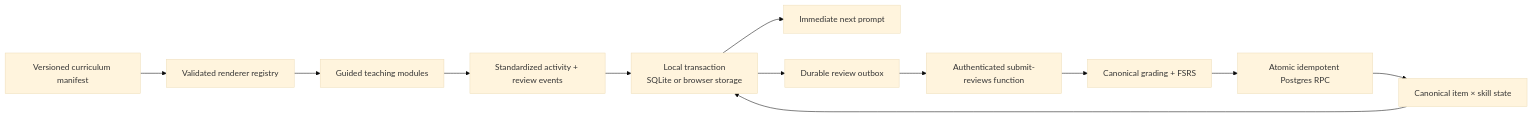
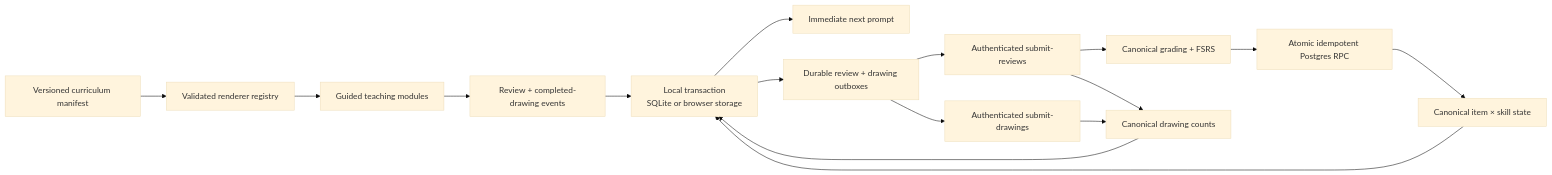
The diagram in docs/ARCHITECTURE.md (cloudspiral/kanakana), drawn with Mermaid (base theme) before and after one commit. The commit also changed other lines of this file and 60 other files, not shown here.

````diff
--- a/docs/ARCHITECTURE.md
+++ b/docs/ARCHITECTURE.md
@@ -7,14 +7,18 @@
 ```mermaid
 flowchart LR
   Manifest["Versioned curriculum manifest"] --> Registry["Validated renderer registry"]
   Registry --> Lesson["Guided teaching modules"]
-  Lesson --> Events["Standardized activity + review events"]
+  Lesson --> Events["Review + completed-drawing events"]
   Events --> Local["Local transaction<br/>SQLite or browser storage"]
   Local --> UI["Immediate next prompt"]
-  Local --> Outbox["Durable review outbox"]
-  Outbox --> Edge["Authenticated submit-reviews function"]
-  Edge --> Grade["Canonical grading + FSRS"]
+  Local --> Outbox["Durable review + drawing outboxes"]
+  Outbox --> ReviewEdge["Authenticated submit-reviews"]
+  Outbox --> DrawingEdge["Authenticated submit-drawings"]
+  ReviewEdge --> Grade["Canonical grading + FSRS"]
   Grade --> RPC["Atomic idempotent Postgres RPC"]
   RPC --> State["Canonical item × skill state"]
+  ReviewEdge --> Counts["Canonical drawing counts"]
+  DrawingEdge --> Counts
   State --> Local
+  Counts --> Local
 ```
````
